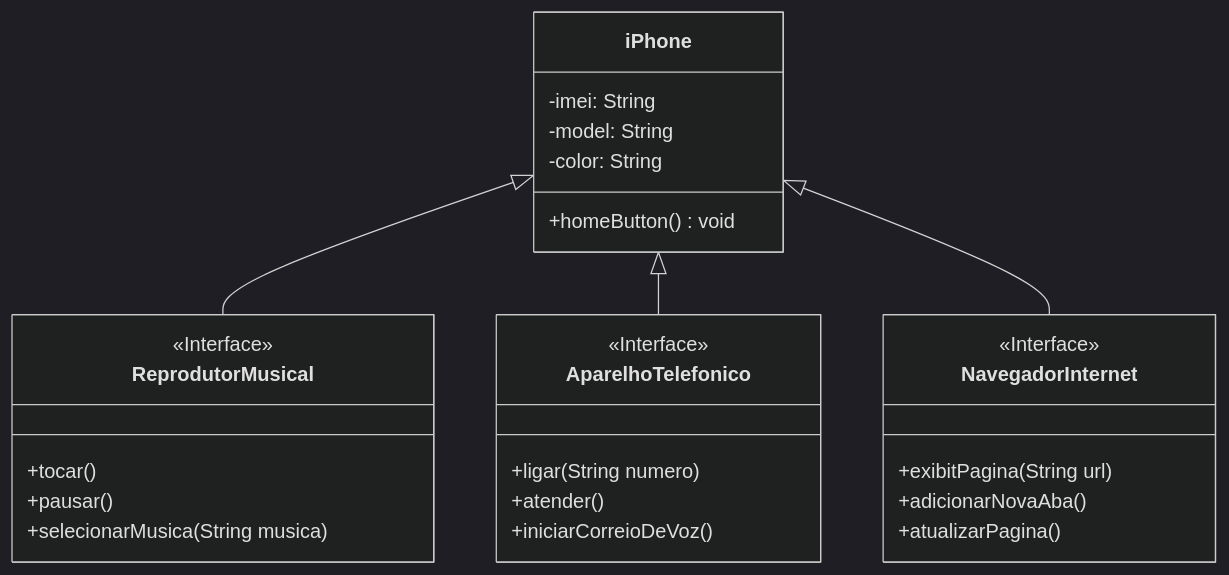
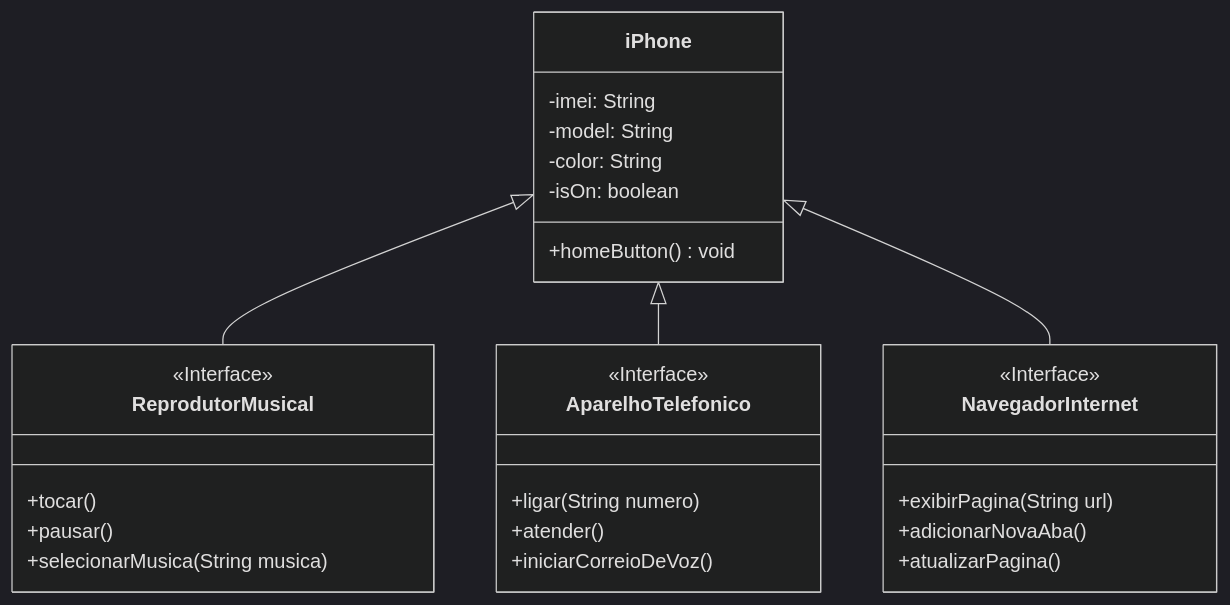
One commit to Giobf1337/dio-javaBasico changed the diagram in desafios/poo/iPhoneUML/iPhoneMermaidUML.mmd. Above: the diagram before and after it, drawn with Mermaid. The commit also changed 13 other files, not shown here.

Commit message:
[iPhone UML Modeling/Implementation Challenge] - UML quick fix; java shallow implementation

```diff
--- a/desafios/poo/iPhoneUML/iPhoneMermaidUML.mmd
+++ b/desafios/poo/iPhoneUML/iPhoneMermaidUML.mmd
@@ -1,35 +1,36 @@
 ---
 config:
   theme: dark
 ---
 classDiagram
 direction TB
     class ReprodutorMusical {
 	    +tocar()
 	    +pausar()
 	    +selecionarMusica(String musica)
     }
     class AparelhoTelefonico {
 	    +ligar(String numero)
 	    +atender()
 	    +iniciarCorreioDeVoz()
     }
     class NavegadorInternet {
-	    +exibitPagina(String url)
+	    +exibirPagina(String url)
 	    +adicionarNovaAba()
 	    +atualizarPagina()
     }
     class iPhone {
 	    -imei: String
 	    -model: String
 	    -color: String
+	    -isOn: boolean
 	    +homeButton() void
     }
 
 	<<Interface>> ReprodutorMusical
 	<<Interface>> AparelhoTelefonico
 	<<Interface>> NavegadorInternet
 
     iPhone <|-- ReprodutorMusical
     iPhone <|-- AparelhoTelefonico
     iPhone <|-- NavegadorInternet
```
